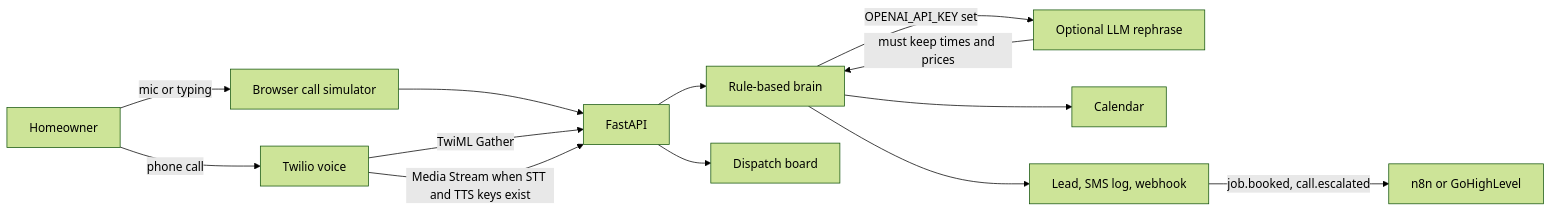
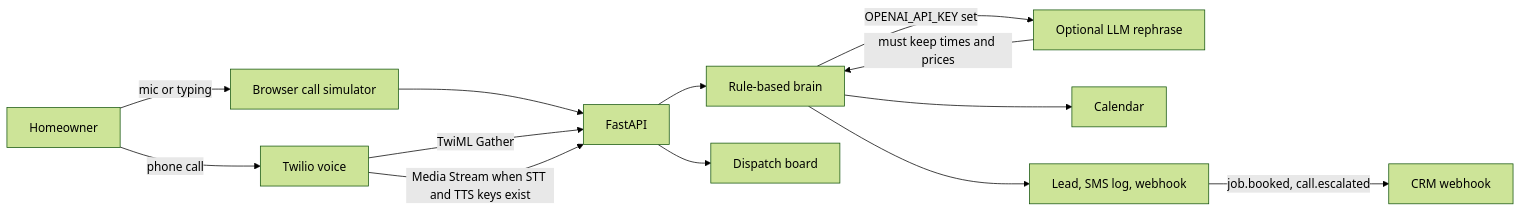
The diagram in README.md (asadurrehmandev/ai-receptionist-home-services), drawn with Mermaid (forest theme) before and after one commit. The commit also changed other lines of this file and 7 other files, not shown here.

First line of the commit message:
Describe the handoff as a generic CRM webhook

````diff
--- a/README.md
+++ b/README.md
@@ -29,25 +29,25 @@
 ```mermaid
 flowchart LR
   caller[Homeowner]
   sim[Browser call simulator]
   twilio[Twilio voice]
   api[FastAPI]
   rules[Rule-based brain]
   llm[Optional LLM rephrase]
   cal[Calendar]
   crm[Lead, SMS log, webhook]
   desk[Dispatch board]
 
   caller -->|mic or typing| sim
   caller -->|phone call| twilio
   sim --> api
   twilio -->|TwiML Gather| api
   twilio -->|Media Stream when STT and TTS keys exist| api
   api --> rules
   rules -->|OPENAI_API_KEY set| llm
   llm -->|must keep times and prices| rules
   rules --> cal
   rules --> crm
-  crm -->|job.booked, call.escalated| n8n[n8n or GoHighLevel]
+  crm -->|job.booked, call.escalated| hook[CRM webhook]
   api --> desk
 ```
````
